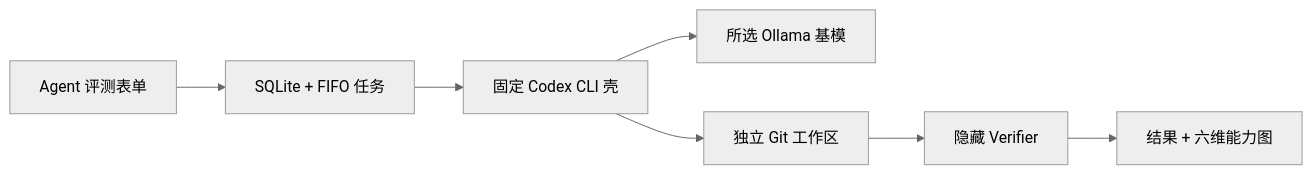
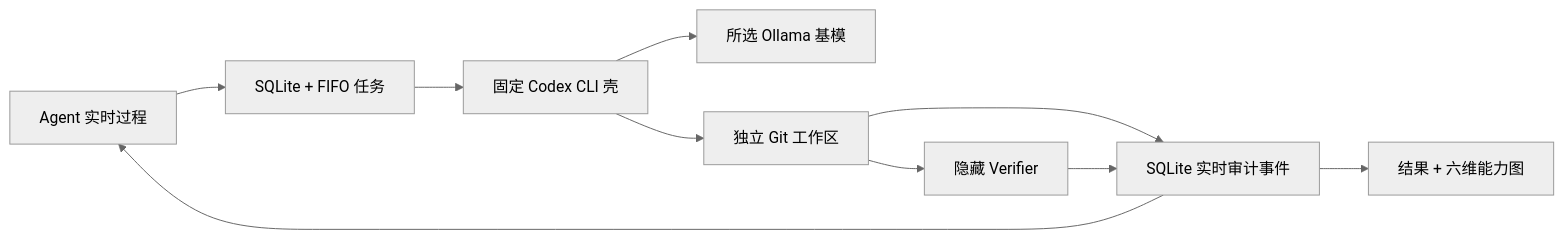
Before and after one commit to NEDONION/evalhub: the diagram in docs/getting-started/20260804_本地运行指南.md, drawn with Mermaid (neutral theme). The commit also changed other lines of this file and 3 other files, not shown here.

````diff
--- a/docs/getting-started/20260804_本地运行指南.md
+++ b/docs/getting-started/20260804_本地运行指南.md
@@ -97,9 +97,12 @@
 ```mermaid
 flowchart LR
     UI["Agent 评测表单"] --> Queue["SQLite + FIFO 任务"]
     Queue --> Codex["固定 Codex CLI 壳"]
     Codex --> Ollama["所选 Ollama 基模"]
     Codex --> Workspace["独立 Git 工作区"]
+    Workspace --> Trace["SQLite 实时审计事件"]
+    Trace --> UI["Agent 实时过程"]
     Workspace --> Verify["隐藏 Verifier"]
-    Verify --> Report["结果 + 六维能力图"]
+    Verify --> Trace
+    Trace --> Report["结果 + 六维能力图"]
 ```
````
